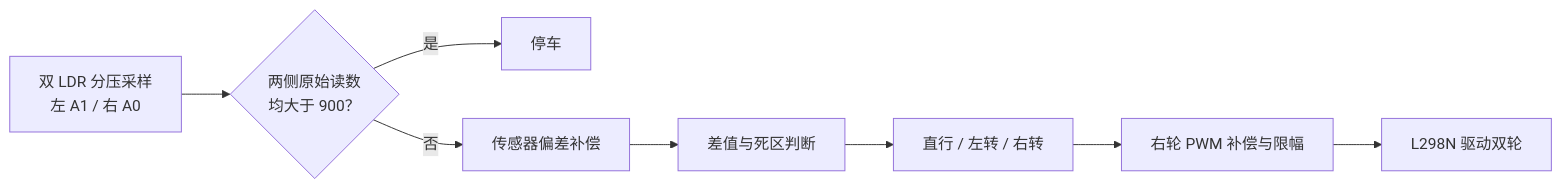
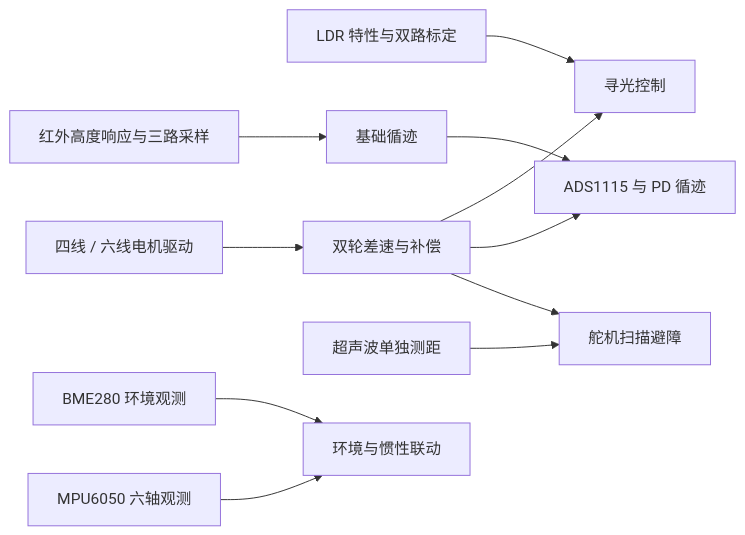
The diagram in README.md (yawangjiang/arduino-car), drawn with Mermaid before and after one commit. The commit also changed other lines of this file and 56 other files, not shown here.

````diff
--- a/README.md
+++ b/README.md
@@ -24,10 +35,13 @@
 ```mermaid
 flowchart LR
-    A["双 LDR 分压采样<br/>左 A1 / 右 A0"] --> B{"两侧原始读数<br/>均大于 900？"}
-    B -->|是| C[停车]
-    B -->|否| D[传感器偏差补偿]
-    D --> E[差值与死区判断]
-    E --> F[直行 / 左转 / 右转]
-    F --> G[右轮 PWM 补偿与限幅]
-    G --> H[L298N 驱动双轮]
+    A[LDR 特性与双路标定] --> B[寻光控制]
+    C[四线 / 六线电机驱动] --> D[双轮差速与补偿]
+    E[红外高度响应与三路采样] --> F[基础循迹]
+    F --> G[ADS1115 与 PD 循迹]
+    H[超声波单独测距] --> I[舵机扫描避障]
+    J[BME280 环境观测] --> K[环境与惯性联动]
+    L[MPU6050 六轴观测] --> K
+    D --> B
+    D --> G
+    D --> I
 ```
````
